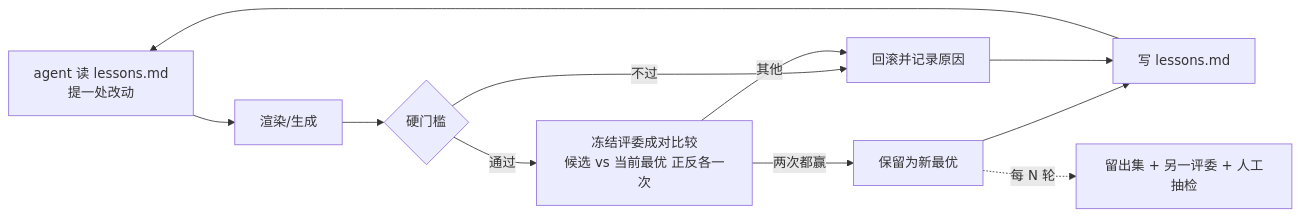
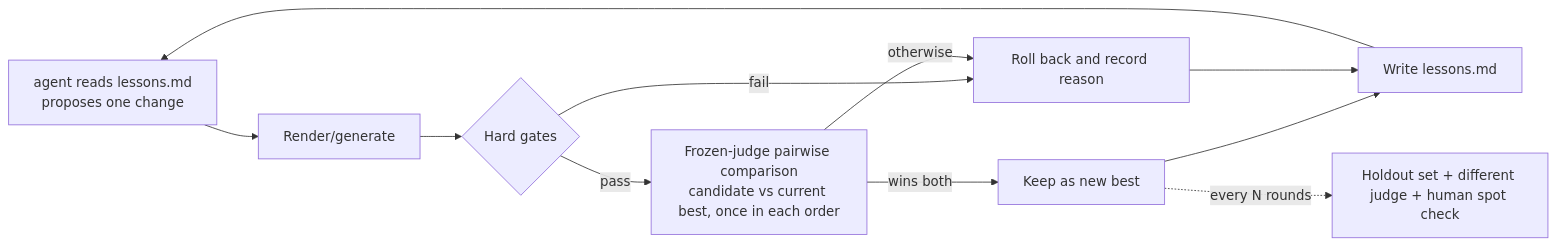
One commit to 3136321049/rsi-anything changed the second of 2 diagrams in docs/research/C-self-media.md. Above: the diagram before and after it, drawn with Mermaid. The commit also changed other lines of this file and 283 other files, not shown here.

````diff
--- a/docs/research/C-self-media.md
+++ b/docs/research/C-self-media.md
@@ -420,13 +420,13 @@
 ```mermaid
 flowchart LR
-  P[agent 读 lessons.md<br/>提一处改动] --> R[渲染/生成]
-  R --> G{硬门槛}
-  G -- 不过 --> X[回滚并记录原因]
-  G -- 通过 --> J[冻结评委成对比较<br/>候选 vs 当前最优 正反各一次]
-  J -- 两次都赢 --> K[保留为新最优]
-  J -- 其他 --> X
-  K --> L[写 lessons.md]
+  P[agent reads lessons.md<br/>proposes one change] --> R[Render/generate]
+  R --> G{Hard gates}
+  G -- fail --> X[Roll back and record reason]
+  G -- pass --> J[Frozen-judge pairwise comparison<br/>candidate vs current best, once in each order]
+  J -- wins both --> K[Keep as new best]
+  J -- otherwise --> X
+  K --> L[Write lessons.md]
   X --> L
   L --> P
-  K -. 每 N 轮 .-> H[留出集 + 另一评委 + 人工抽检]
+  K -. every N rounds .-> H[Holdout set + different judge + human spot check]
 ```
````
